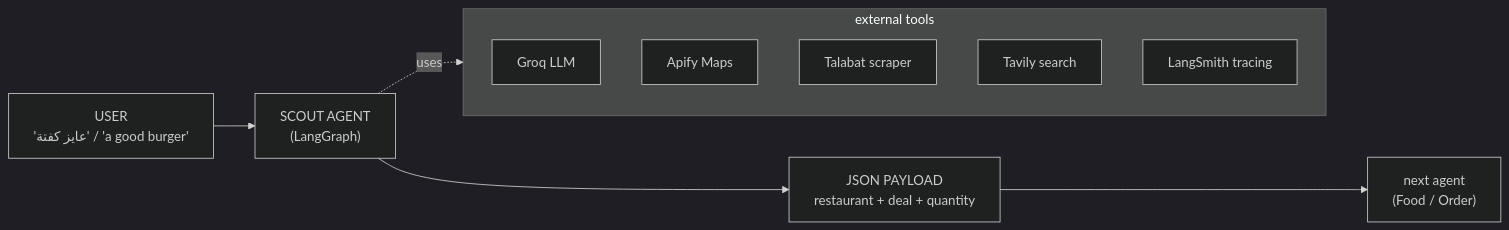
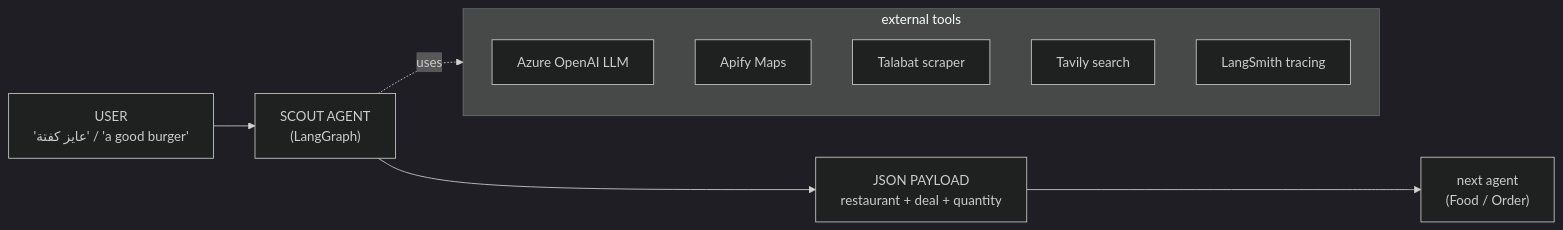
The first of 5 diagrams in README.md (Abdallah035/FoodPilot-AI), drawn with Mermaid (dark theme) before and after one commit. The commit also changed other lines of this file and 31 other files, not shown here.

Commit message:
feat: unify LLM API to be Azure OpenAI

````diff
--- a/README.md
+++ b/README.md
@@ -12,15 +12,15 @@
 ```mermaid
 flowchart LR
     U["USER<br/>'عايز كفتة' / 'a good burger'"] --> A["SCOUT AGENT<br/>(LangGraph)"]
     A --> P["JSON PAYLOAD<br/>restaurant + deal + quantity"]
     P --> NEXT["next agent<br/>(Food / Order)"]
 
     subgraph tools[" external tools "]
-      G["Groq LLM"]
+      G["Azure OpenAI LLM"]
       AP["Apify Maps"]
       TB["Talabat scraper"]
       TV["Tavily search"]
       LS["LangSmith tracing"]
     end
     A -.uses.-> tools
 ```
````
